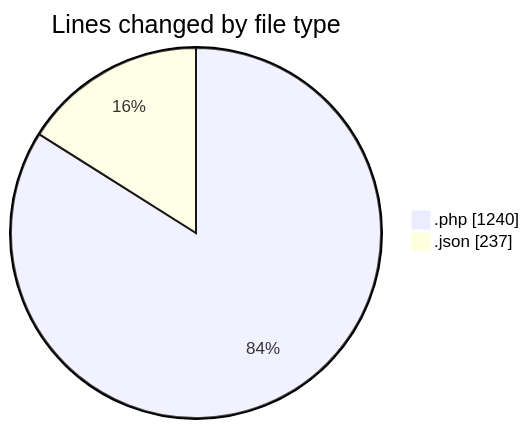
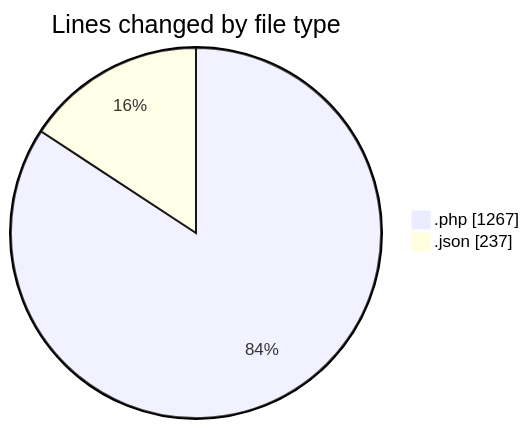
The first of 2 diagrams in 2025-05-28/studio-backend/README.md (idhammustaqopulfikri/code-tracking), drawn with Mermaid before and after one commit. The commit also changed other lines of this file and 1 other file, not shown here.

````diff
--- a/2025-05-28/studio-backend/README.md
+++ b/2025-05-28/studio-backend/README.md
@@ -39,6 +40,6 @@
 ```mermaid
 pie showData
 title Lines changed by file type
-".php" : 1240
+".php" : 1267
 ".json" : 237
 ```
````
